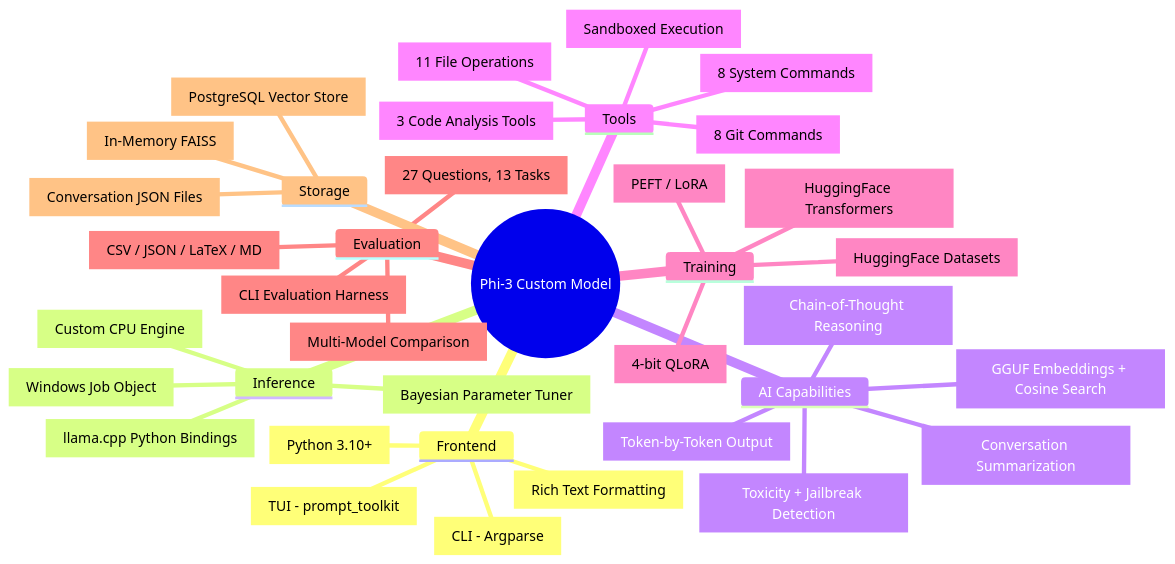
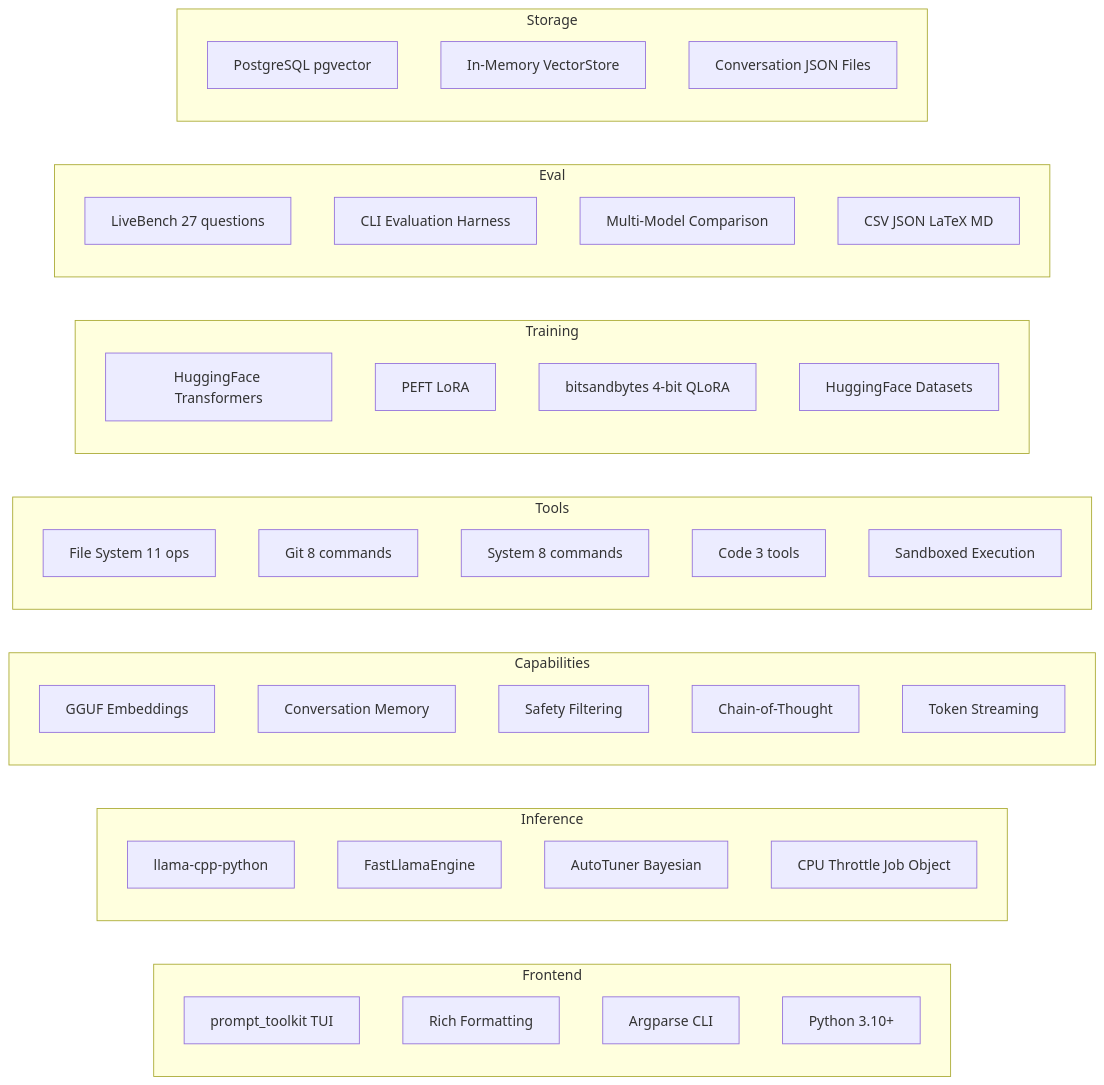
The fourth of 14 diagrams in README.md (rbkhan007/Photato-Phi-3-Custom-Model), drawn with Mermaid before and after one commit. The commit also changed other lines of this file, not shown here.

Commit message:
fix Training Pipeline mermaid diagram rendering

````diff
--- a/README.md
+++ b/README.md
@@ -267,40 +282,52 @@
 ```mermaid
-mindmap
-  root((Phi-3 Custom Model))
-    Frontend
-      prompt_toolkit[TUI - prompt_toolkit]
-      Rich[Rich Text Formatting]
-      Argparse[CLI - Argparse]
-      Python[Python 3.10+]
-    Inference
-      llama-cpp-python[llama.cpp Python Bindings]
-      FastLlamaEngine[Custom CPU Engine]
-      AutoTuner[Bayesian Parameter Tuner]
-      CPU Throttle[Windows Job Object]
-    AI Capabilities
-      RAG[GGUF Embeddings + Cosine Search]
-      Memory[Conversation Summarization]
-      Safety[Toxicity + Jailbreak Detection]
-      Thinking[Chain-of-Thought Reasoning]
-      Streaming[Token-by-Token Output]
-    Tools
-      FileSystem[11 File Operations]
-      Git[8 Git Commands]
-      System[8 System Commands]
-      Code[3 Code Analysis Tools]
-      Executor[Sandboxed Execution]
-    Training
-      transformers[HuggingFace Transformers]
-      peft[PEFT / LoRA]
-      bitsandbytes[4-bit QLoRA]
-      datasets[HuggingFace Datasets]
-    Evaluation
-      LiveBench[27 Questions, 13 Tasks]
-      Harness[CLI Evaluation Harness]
-      Compare[Multi-Model Comparison]
-      Export[CSV / JSON / LaTeX / MD]
-    Storage
-      pgvector[PostgreSQL Vector Store]
-      MemoryStore[In-Memory FAISS]
-      JSON[Conversation JSON Files]
+flowchart LR
+    subgraph Frontend
+        PT["prompt_toolkit TUI"]
+        RICH["Rich Formatting"]
+        CLI2["Argparse CLI"]
+        PY["Python 3.10+"]
+    end
+
+    subgraph Inference
+        LC2["llama-cpp-python"]
+        FLE["FastLlamaEngine"]
+        AT2["AutoTuner Bayesian"]
+        CT["CPU Throttle Job Object"]
+    end
+
+    subgraph Capabilities
+        RAG2["GGUF Embeddings"]
+        MEM2["Conversation Memory"]
+        SAFE["Safety Filtering"]
+        THINK["Chain-of-Thought"]
+        STREAM2["Token Streaming"]
+    end
+
+    subgraph Tools
+        FS["File System 11 ops"]
+        GIT2["Git 8 commands"]
+        SYS["System 8 commands"]
+        CD["Code 3 tools"]
+        EXEC["Sandboxed Execution"]
+    end
+
+    subgraph Training
+        TF["HuggingFace Transformers"]
+        PEFT["PEFT LoRA"]
+        BNB["bitsandbytes 4-bit QLoRA"]
+        DS["HuggingFace Datasets"]
+    end
+
+    subgraph Eval
+        LB2["LiveBench 27 questions"]
+        HARN["CLI Evaluation Harness"]
+        CMP2["Multi-Model Comparison"]
+        EXP2["CSV JSON LaTeX MD"]
+    end
+
+    subgraph Storage
+        PGV["PostgreSQL pgvector"]
+        MEM3["In-Memory VectorStore"]
+        JSN["Conversation JSON Files"]
+    end
 ```
````
